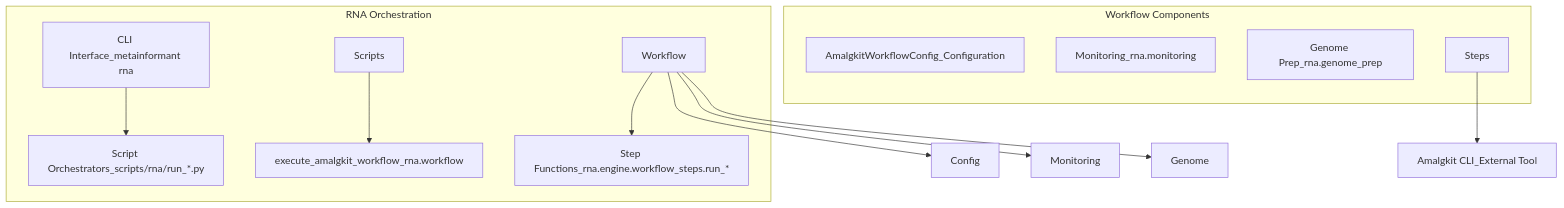
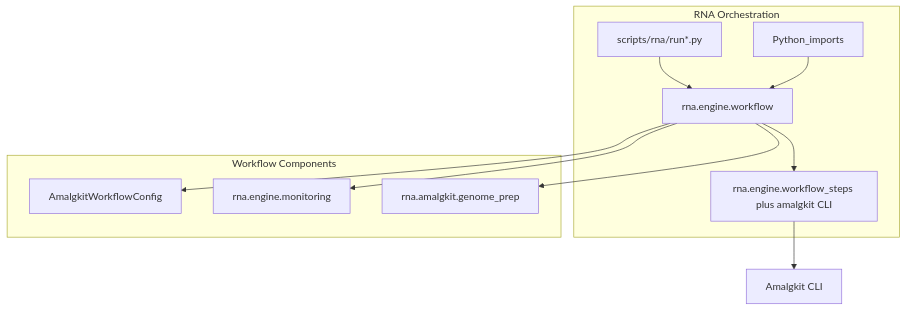
One commit to docxology/MetaInformAnt changed the first of 2 diagrams in docs/rna/workflow.md. Above: the diagram before and after it, drawn with Mermaid. The commit also changed other lines of this file and 28 other files, not shown here.

````diff
--- a/docs/rna/workflow.md
+++ b/docs/rna/workflow.md
@@ -9,20 +9,20 @@
 ```mermaid
 flowchart TB
     subgraph "RNA Orchestration"
-        CLIcliInterfaceMetainformantRna[CLI Interface_metainformant rna] --> ScriptsscriptOrchestratorsScripts/rna/run*.py[Script Orchestrators_scripts/rna/run_*.py]
-        Scripts --> WorkflowexecuteAmalgkitWorkflowRna.workflow[execute_amalgkit_workflow_rna.workflow]
-        Workflow --> StepsstepFunctionsRna.engine.workflow_steps.run*[Step Functions_rna.engine.workflow_steps.run_*]
+        ScriptsRna[scripts/rna/run*.py] --> EngineWorkflow[rna.engine.workflow]
+        PythonApi[Python_imports] --> EngineWorkflow
+        EngineWorkflow --> StepsRna[rna.engine.workflow_steps plus amalgkit CLI]
     end
 
     subgraph "Workflow Components"
-        ConfigamalgkitworkflowconfigConfiguration[AmalgkitWorkflowConfig_Configuration]
-        MonitoringmonitoringRna.monitoring[Monitoring_rna.monitoring]
-        GenomegenomePrepRna.genomePrep[Genome Prep_rna.genome_prep]
-        Steps
+        ConfigAmalgkit[AmalgkitWorkflowConfig]
+        MonitoringEngine[rna.engine.monitoring]
+        GenomePrep[rna.amalgkit.genome_prep]
+        StepsRna
     end
 
-    Workflow --> Config
-    Workflow --> Monitoring
-    Workflow --> Genome
-    Steps --> AmalgkitamalgkitCliExternalTool[Amalgkit CLI_External Tool]
+    EngineWorkflow --> ConfigAmalgkit
+    EngineWorkflow --> MonitoringEngine
+    EngineWorkflow --> GenomePrep
+    StepsRna --> AmalgkitCli[Amalgkit CLI]
 ```
````
